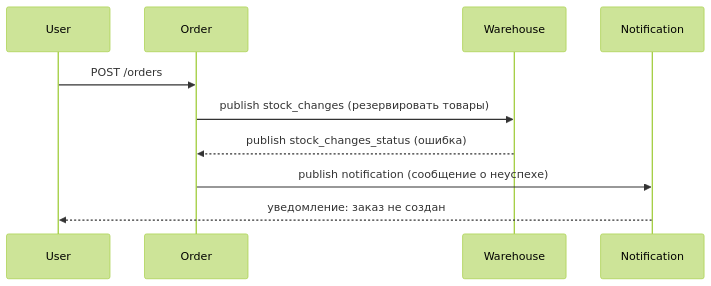
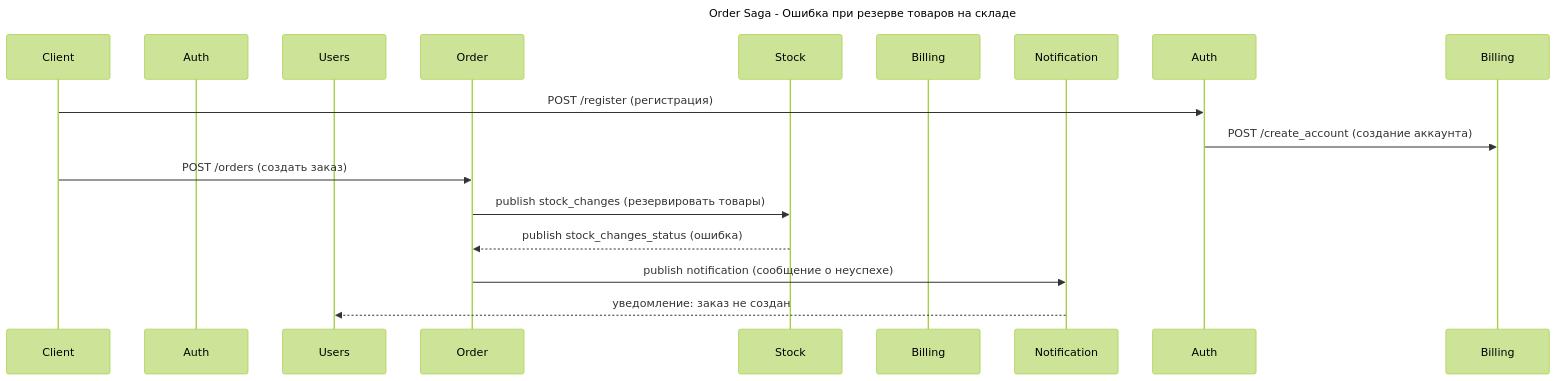
Before and after one commit to maksonday/miniapp: the second of 3 diagrams in README.md, drawn with Mermaid (forest theme). The commit also changed other lines of this file, not shown here.

````diff
--- a/README.md
+++ b/README.md
@@ -122,15 +111,23 @@
 ```mermaid
 sequenceDiagram
-    participant U as User
+    title Order Saga - Ошибка при резерве товаров на складе
+
+    participant C as Client
+    participant A as Auth
+    participant U as Users
     participant O as Order
-    participant W as Warehouse
+    participant S as Stock
+    participant B as Billing
     participant N as Notification
 
-    U->>O: POST /orders
+    C->>Auth: POST /register (регистрация)
+    Auth->>Billing: POST /create_account (создание аккаунта)
+
+    C->>O: POST /orders (создать заказ)
     
-    O->>W: publish stock_changes (резервировать товары)
-    W-->>O: publish stock_changes_status (ошибка)
+    O->>S: publish stock_changes (резервировать товары)
+    S-->>O: publish stock_changes_status (ошибка)
 
     O->>N: publish notification (сообщение о неуспехе)
     N-->>U: уведомление: заказ не создан
 ```
````
